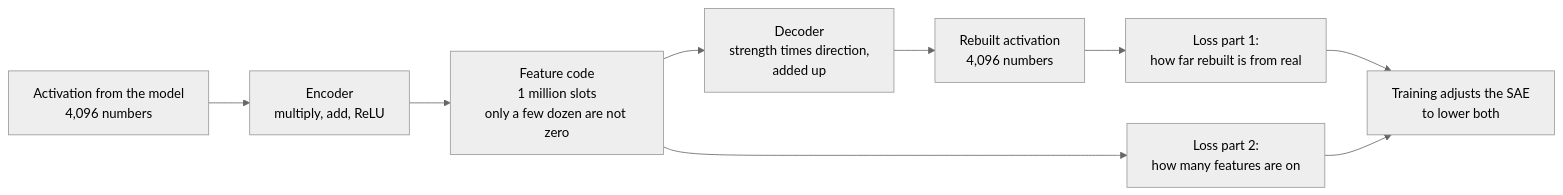
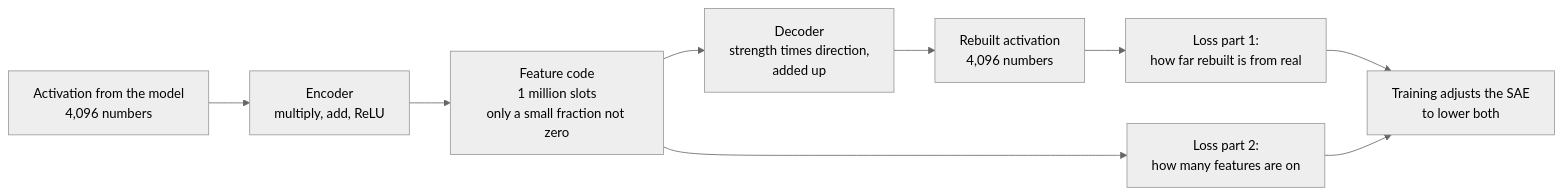
Before and after one commit to mcichael1-eng/Leash-Holder-2: the third of 8 diagrams in ai-book/chapters/57-interpretability-and-evals.md, drawn with Mermaid (neutral theme). The commit also changed other lines of this file and 21 other files, not shown here.

````diff
--- a/ai-book/chapters/57-interpretability-and-evals.md
+++ b/ai-book/chapters/57-interpretability-and-evals.md
@@ -210,11 +202,11 @@
 ```mermaid
 flowchart LR
     A["Activation from the model<br/>4,096 numbers"] --> ENC["Encoder<br/>multiply, add, ReLU"]
-    ENC --> CODE["Feature code<br/>1 million slots<br/>only a few dozen are not zero"]
+    ENC --> CODE["Feature code<br/>1 million slots<br/>only a small fraction not zero"]
     CODE --> DEC["Decoder<br/>strength times direction,<br/>added up"]
     DEC --> R["Rebuilt activation<br/>4,096 numbers"]
     R --> L1["Loss part 1:<br/>how far rebuilt is from real"]
     CODE --> L2["Loss part 2:<br/>how many features are on"]
     L1 --> T["Training adjusts the SAE<br/>to lower both"]
     L2 --> T
 ```
````
